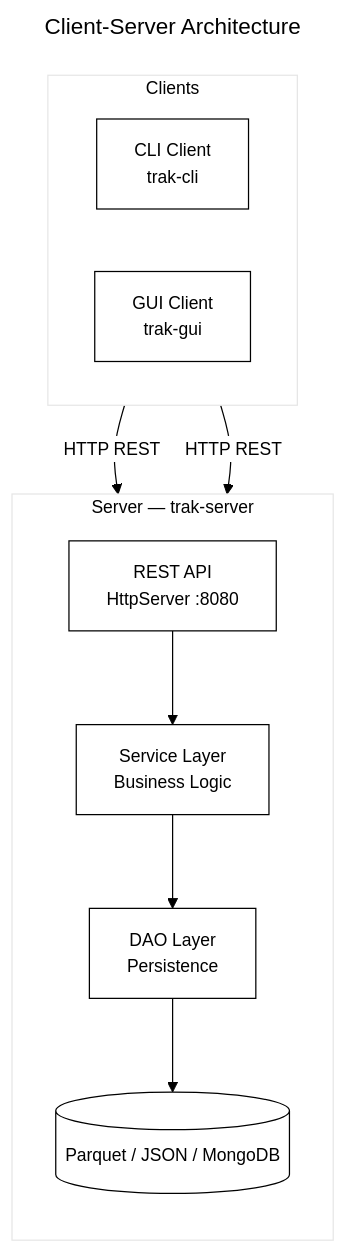
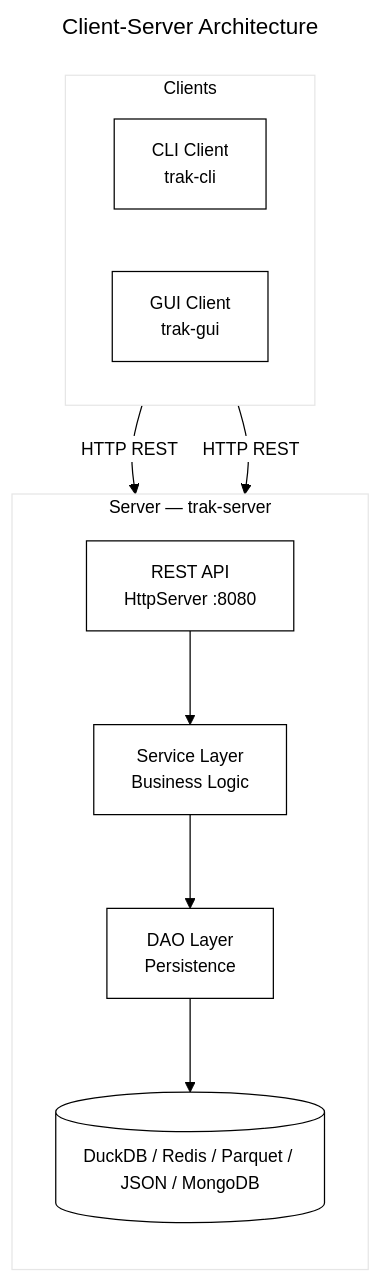
Before and after one commit to magana272/TaskTrac: the diagram in docs/DESIGN.md, drawn with Mermaid. The commit also changed other lines of this file and 3 other files, not shown here.

First line of the commit message:
Update docs for DuckDB, Redis, timer, sprint lifecycle, settings, undecorated frame

````diff
--- a/docs/DESIGN.md
+++ b/docs/DESIGN.md
@@ -136,32 +144,32 @@
 ```mermaid
 ---
 config:
   theme: base
   themeVariables:
     primaryColor: '#ffffff'
     primaryTextColor: '#000000'
     primaryBorderColor: '#000000'
     lineColor: '#000000'
     fontFamily: 'Georgia, Times New Roman, serif'
     fontSize: '14px'
 title: Client-Server Architecture
 ---
 flowchart TB
     subgraph Clients
         direction LR
         CLI["CLI Client\ntrak-cli"]
         GUI["GUI Client\ntrak-gui"]
     end
 
     subgraph Server["Server — trak-server"]
         direction TB
         REST["REST API\nHttpServer :8080"]
         SVC["Service Layer\nBusiness Logic"]
         DAO["DAO Layer\nPersistence"]
-        STORE[("Parquet / JSON / MongoDB")]
+        STORE[("DuckDB / Redis / Parquet / JSON / MongoDB")]
         REST --> SVC --> DAO --> STORE
     end
 
     CLI -->|"HTTP REST"| REST
     GUI -->|"HTTP REST"| REST
 ```
````
